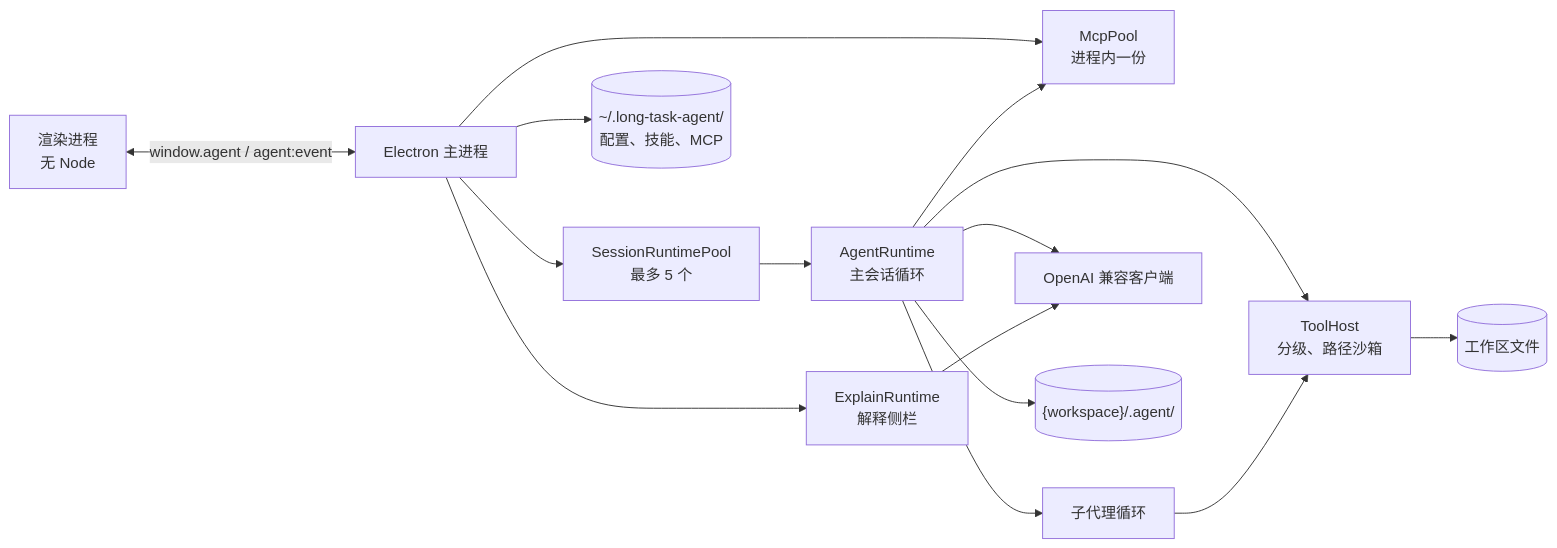
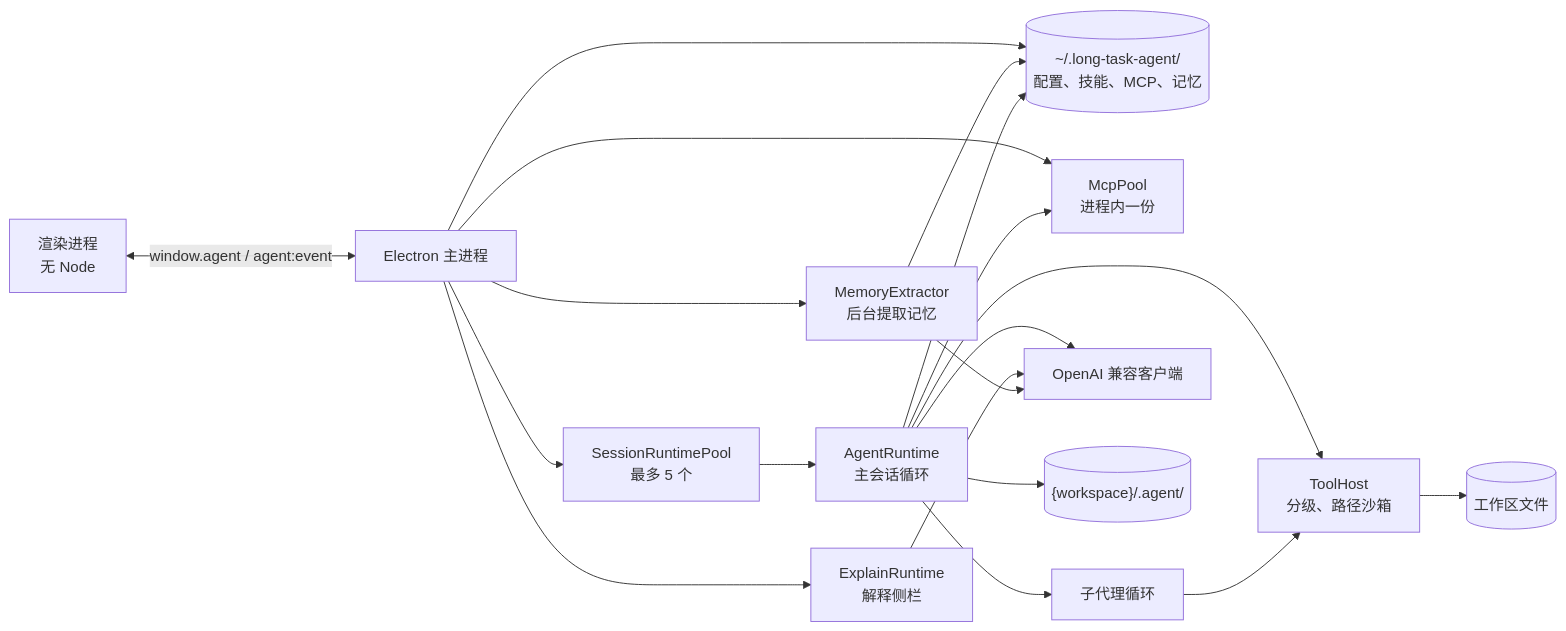
The diagram in README.md (chenshiqin66/long-task-desktop-agent), drawn with Mermaid before and after one commit. The commit also changed other lines of this file and 6 other files, not shown here.

````diff
--- a/README.md
+++ b/README.md
@@ -107,17 +118,21 @@
 ```mermaid
 flowchart LR
   renderer["渲染进程<br/>无 Node"] <-->|"window.agent / agent:event"| main["Electron 主进程"]
   main --> pool["SessionRuntimePool<br/>最多 5 个"]
   pool --> runtime["AgentRuntime<br/>主会话循环"]
   main --> explain["ExplainRuntime<br/>解释侧栏"]
-  main --> home[("~/.long-task-agent/<br/>配置、技能、MCP")]
+  main --> extractor["MemoryExtractor<br/>后台提取记忆"]
+  main --> home[("~/.long-task-agent/<br/>配置、技能、MCP、记忆")]
   main --> mcp["McpPool<br/>进程内一份"]
   runtime --> mcp
   runtime --> sub["子代理循环"]
   runtime --> tools["ToolHost<br/>分级、路径沙箱"]
   sub --> tools
   runtime --> provider["OpenAI 兼容客户端"]
   explain --> provider
+  extractor --> provider
+  extractor --> home
+  runtime --> home
   runtime --> agentdir[("{workspace}/.agent/")]
   tools --> ws[("工作区文件")]
 ```
````
